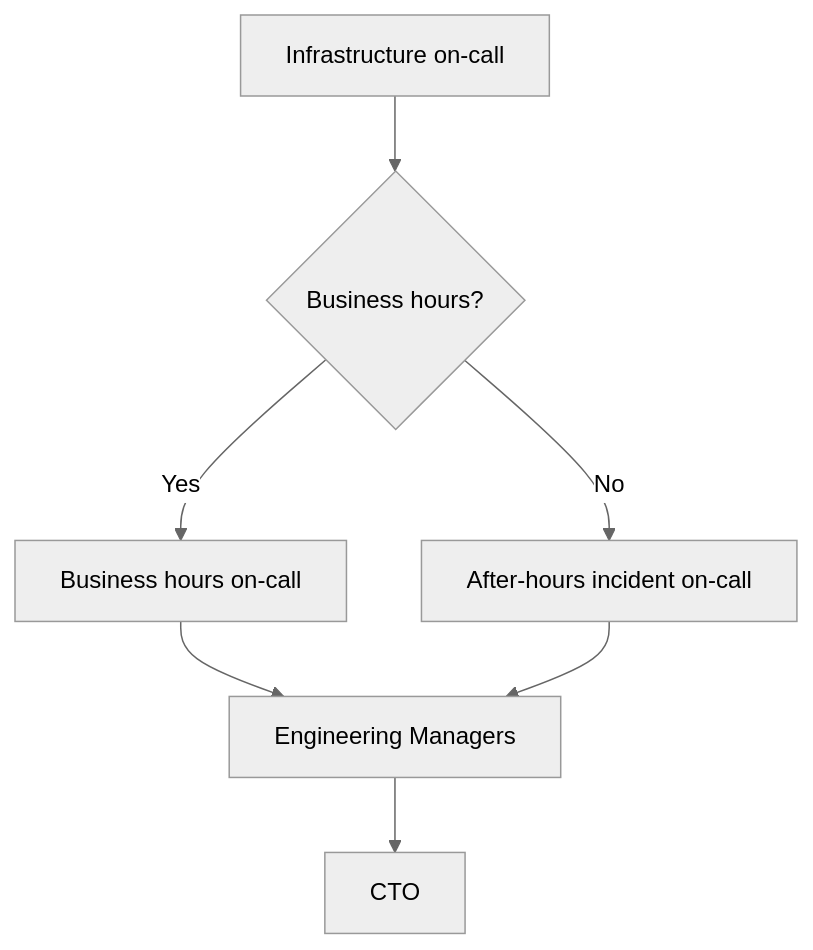
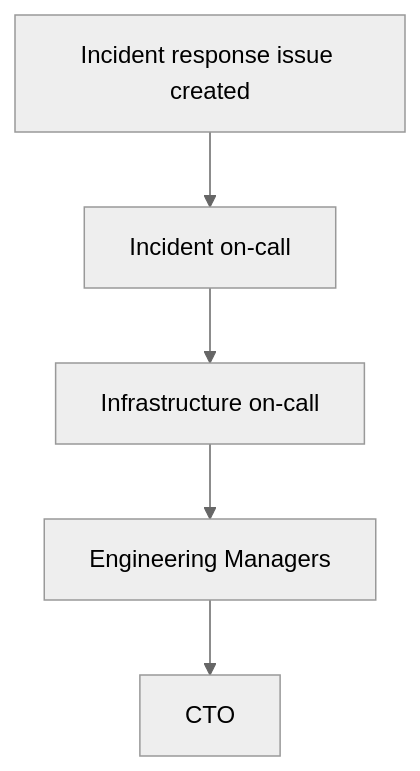
The diagram in handbook/company/communications.md (fleetdm/fleet), drawn with Mermaid (neutral theme) before and after one commit. The commit also changed other lines of this file and 3 other files, not shown here.

Commit message:
Change after hours on-call to incident on-call

````diff
--- a/handbook/company/communications.md
+++ b/handbook/company/communications.md
@@ -440,9 +440,7 @@
 ```mermaid
 flowchart TD
-    A[Infrastructure on-call] --> B{Business hours?}
-    B -- Yes --> C[Business hours on-call]
-    B -- No --> D[After-hours incident on-call]
-    C --> E[Engineering Managers]
-    D --> E
-    E --> F[CTO]
+    A[Incident response issue created] --> B[Incident on-call]
+    B --> C[Infrastructure on-call]
+    C --> D[Engineering Managers]
+    D --> E[CTO]
 ```
````
